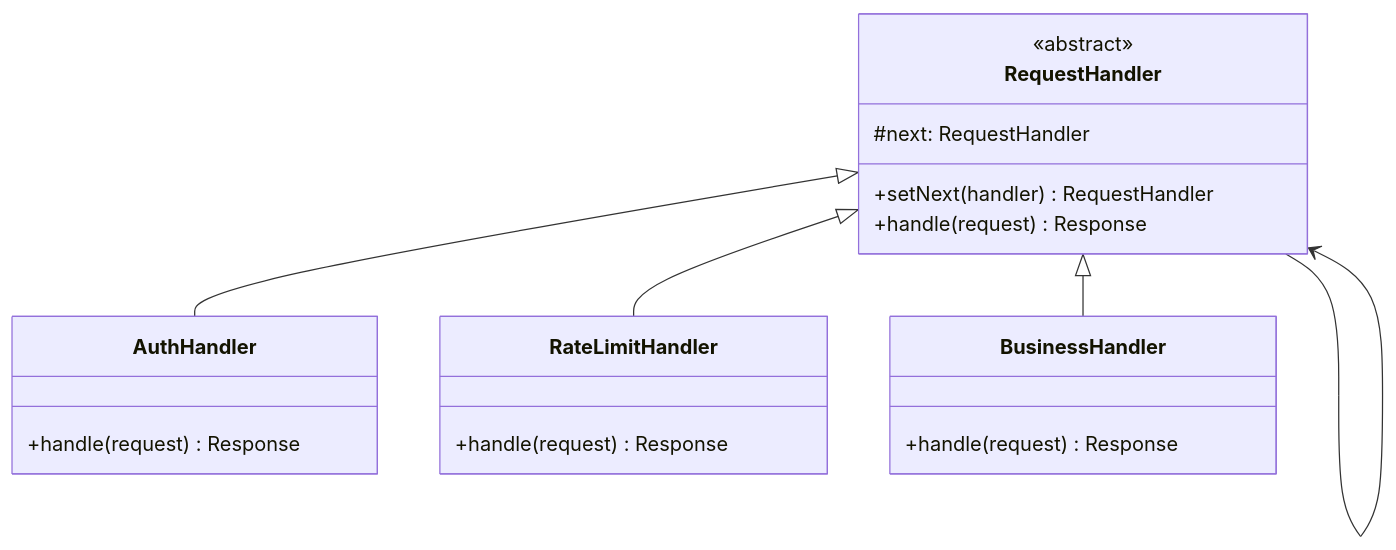
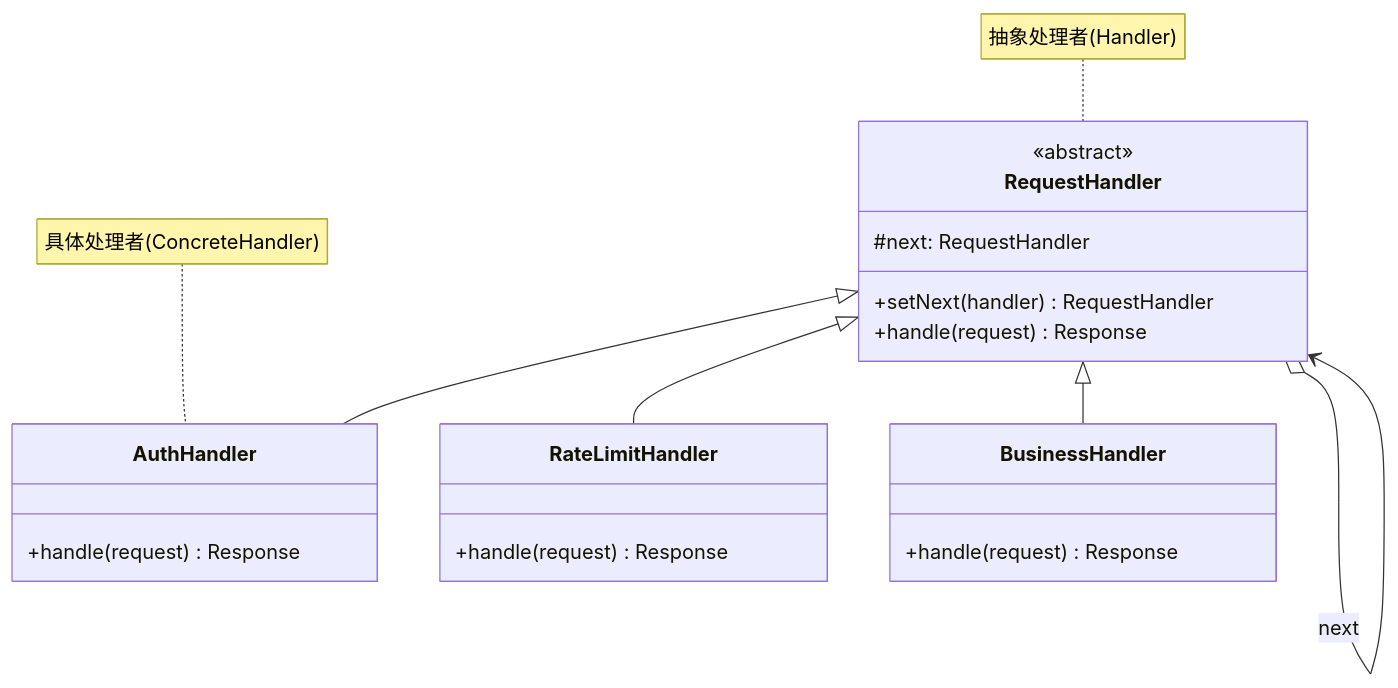
Before and after one commit to luguosong/programming-notes: the diagram in docs/topic/design-patterns/behavioral-patterns/chain-of-responsibility/index.md, drawn with Mermaid. The commit also changed 23 other files, not shown here.

First line of the commit message:
fix: 修正设计模式 UML 箭头类型并添加角色标注

````diff
--- a/docs/topic/design-patterns/behavioral-patterns/chain-of-responsibility/index.md
+++ b/docs/topic/design-patterns/behavioral-patterns/chain-of-responsibility/index.md
@@ -27,22 +27,24 @@
 ```mermaid
 classDiagram
     class RequestHandler {
         <<abstract>>
         #next: RequestHandler
         +setNext(handler) RequestHandler
         +handle(request) Response
     }
     class AuthHandler {
         +handle(request) Response
     }
     class RateLimitHandler {
         +handle(request) Response
     }
     class BusinessHandler {
         +handle(request) Response
     }
     RequestHandler <|-- AuthHandler
     RequestHandler <|-- RateLimitHandler
     RequestHandler <|-- BusinessHandler
-    RequestHandler --> RequestHandler
+    RequestHandler o--> RequestHandler : next
+    note for RequestHandler "抽象处理者(Handler)"
+    note for AuthHandler "具体处理者(ConcreteHandler)"
 ```
````
